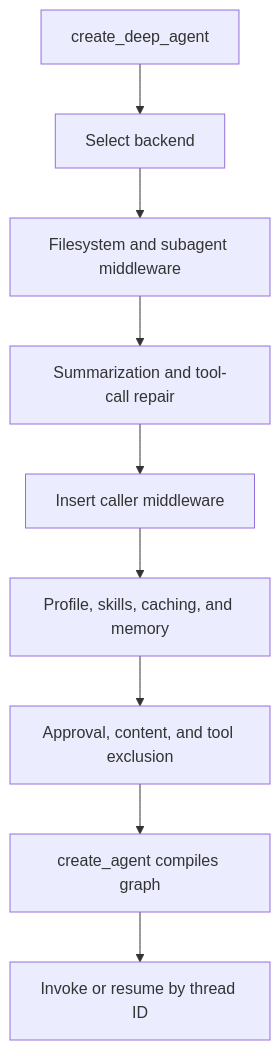
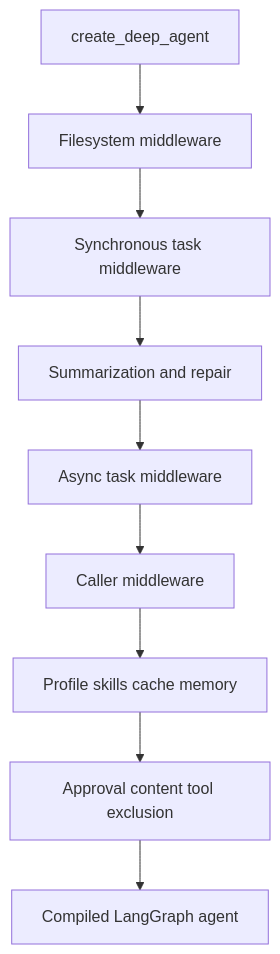
The first of 2 diagrams in openwiki/architecture/runtime-behavior.md (langchain-ai/deepagents), drawn with Mermaid before and after one commit. The commit also changed other lines of this file and 35 other files, not shown here.

````diff
--- a/openwiki/architecture/runtime-behavior.md
+++ b/openwiki/architecture/runtime-behavior.md
@@ -50,11 +47,11 @@
 ```mermaid
 flowchart TD
-    Build["create_deep_agent"] --> Backend["Select backend"]
-    Backend --> Core["Filesystem and subagent middleware"]
-    Core --> Loop["Summarization and tool-call repair"]
-    Loop --> Custom["Insert caller middleware"]
-    Custom --> Tail["Profile, skills, caching, and memory"]
-    Tail --> Guard["Approval, content, and tool exclusion"]
-    Guard --> Compile["create_agent compiles graph"]
-    Compile --> Invoke["Invoke or resume by thread ID"]
+    Build["create_deep_agent"] --> Files["Filesystem middleware"]
+    Files --> Sync["Synchronous task middleware"]
+    Sync --> Repair["Summarization and repair"]
+    Repair --> Remote["Async task middleware"]
+    Remote --> Custom["Caller middleware"]
+    Custom --> Tail["Profile skills cache memory"]
+    Tail --> Guards["Approval content tool exclusion"]
+    Guards --> Graph["Compiled LangGraph agent"]
 ```
````
